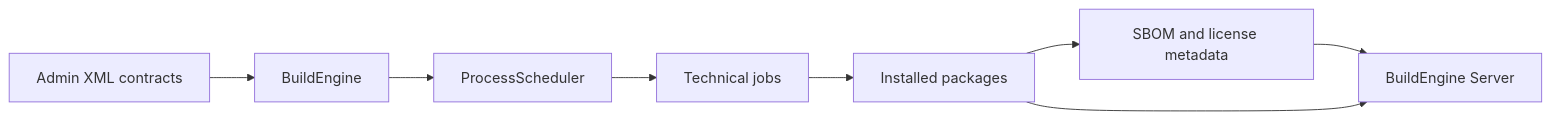
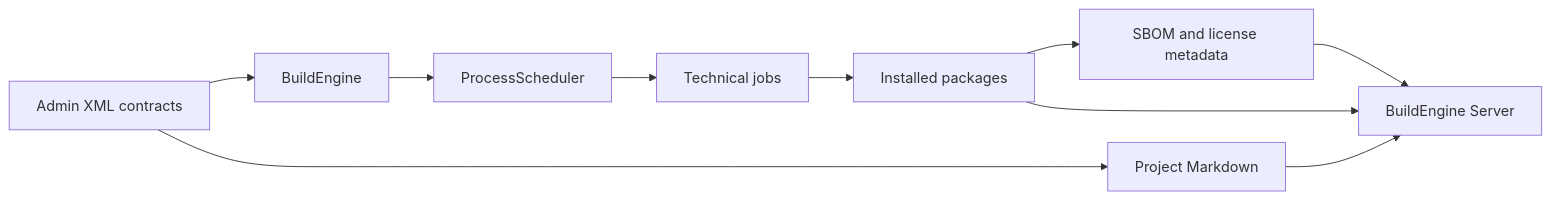
The second of 4 diagrams in admin/server-docs/buildengine.md (adeccscholar/BuildEngine-Admin), drawn with Mermaid before and after one commit. The commit also changed other lines of this file, not shown here.

Commit message:
Keep architecture documentation aligned with documentation pipeline

````diff
--- a/admin/server-docs/buildengine.md
+++ b/admin/server-docs/buildengine.md
@@ -42,10 +52,12 @@
 ```mermaid
 graph LR
    Admin[Admin XML contracts] --> Engine[BuildEngine]
    Engine --> Scheduler[ProcessScheduler]
    Scheduler --> Jobs[Technical jobs]
    Jobs --> Install[Installed packages]
    Install --> Metadata[SBOM and license metadata]
    Metadata --> Server[BuildEngine Server]
    Install --> Server
+   Admin --> Manual[Project Markdown]
+   Manual --> Server
 ```
````
